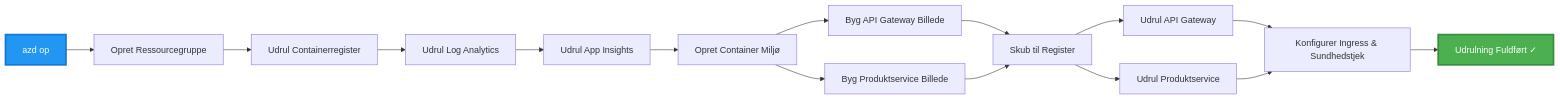
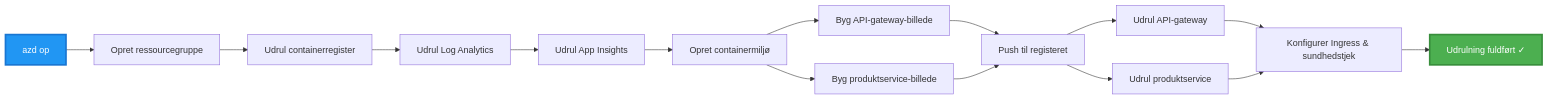
Before and after one commit to microsoft/AZD-for-beginners: the third of 4 diagrams in translations/da/examples/microservices/README.md, drawn with Mermaid. The commit also changed other lines of this file and 242 other files, not shown here.

````diff
--- a/translations/da/examples/microservices/README.md
+++ b/translations/da/examples/microservices/README.md
@@ -242,20 +233,20 @@
 ```mermaid
 graph LR
-    A[azd op] --> B[Opret Ressourcegruppe]
-    B --> C[Udrul Containerregister]
+    A[azd op] --> B[Opret ressourcegruppe]
+    B --> C[Udrul containerregister]
     C --> D[Udrul Log Analytics]
     D --> E[Udrul App Insights]
-    E --> F[Opret Container Miljø]
-    F --> G[Byg API Gateway Billede]
-    F --> H[Byg Produktservice Billede]
-    G --> I[Skub til Register]
+    E --> F[Opret containermiljø]
+    F --> G[Byg API-gateway-billede]
+    F --> H[Byg produktservice-billede]
+    G --> I[Push til registeret]
     H --> I
-    I --> J[Udrul API Gateway]
-    I --> K[Udrul Produktservice]
-    J --> L[Konfigurer Ingress & Sundhedstjek]
+    I --> J[Udrul API-gateway]
+    I --> K[Udrul produktservice]
+    J --> L[Konfigurer Ingress & sundhedstjek]
     K --> L
-    L --> M[Udrulning Fuldført ✓]
+    L --> M[Udrulning fuldført ✓]
     
     style A fill:#2196F3,stroke:#1976D2,stroke-width:3px,color:#fff
     style M fill:#4CAF50,stroke:#388E3C,stroke-width:3px,color:#fff
 ```
````
